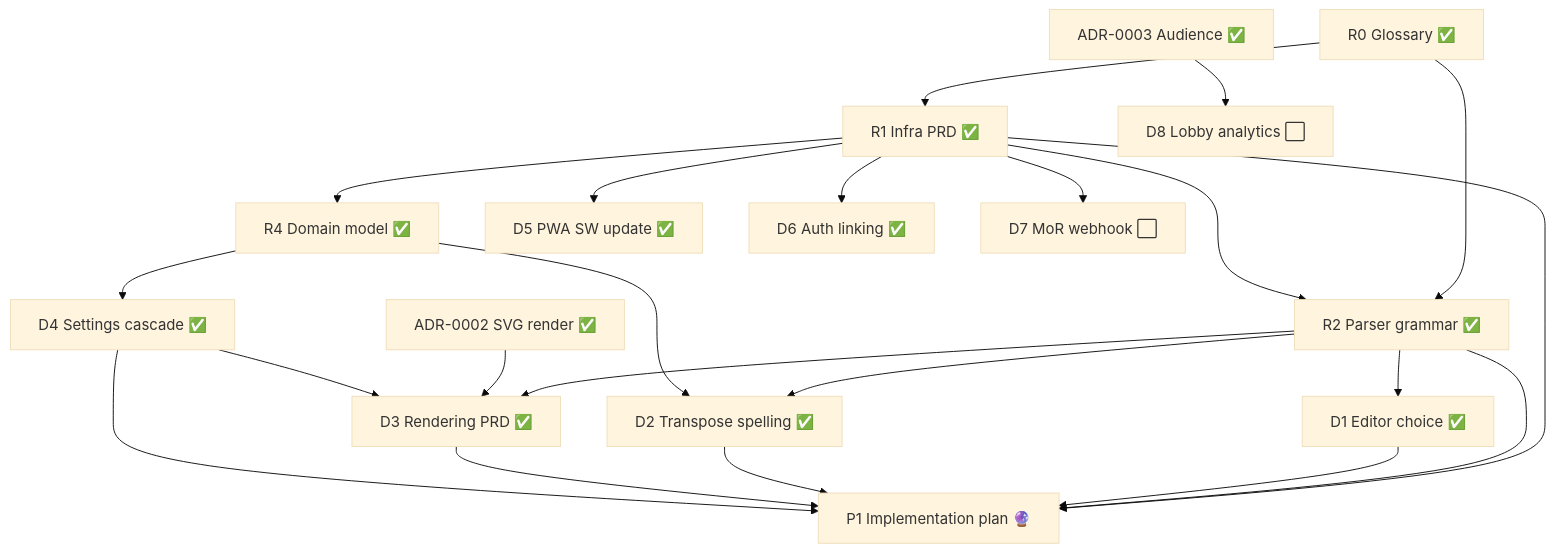
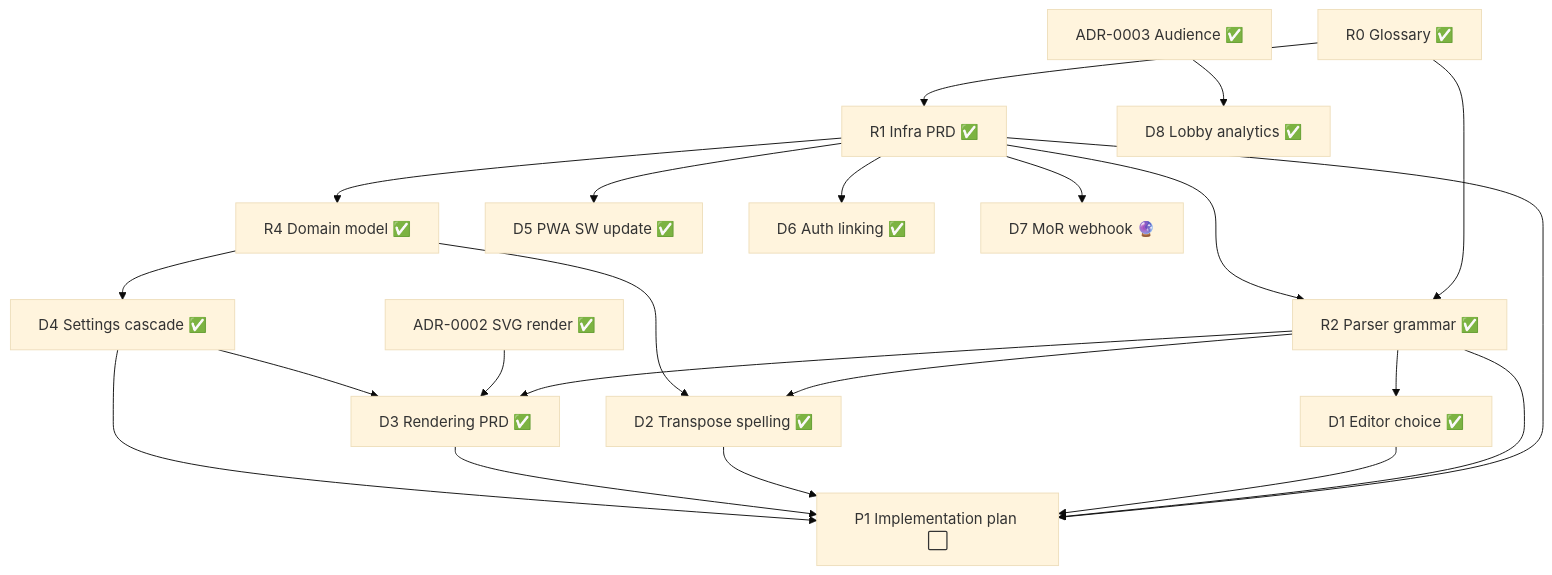
One commit to DcNiemandd/achordeon changed the diagram in docs/PRD.md. Above: the diagram before and after it, drawn with Mermaid (base theme). The commit also changed other lines of this file and 1 other file, not shown here.

````diff
--- a/docs/PRD.md
+++ b/docs/PRD.md
@@ -136,32 +139,32 @@
 ```mermaid
 graph TD
   R0[R0 Glossary ✅]
   R1[R1 Infra PRD ✅]
   R2[R2 Parser grammar ✅]
   A2[ADR-0002 SVG render ✅]
   A3[ADR-0003 Audience ✅]
 
   R0 --> R1
   R0 --> R2
   R1 --> R2
 
   R2 --> D1[D1 Editor choice ✅]
   R2 --> D2[D2 Transpose spelling ✅]
   R4 --> D2
   R2 --> D3[D3 Rendering PRD ✅]
   A2 --> D3
   R1 --> R4[R4 Domain model ✅]
   R4 --> D4[D4 Settings cascade ✅]
   D4 --> D3
   R1 --> D5[D5 PWA SW update ✅]
   R1 --> D6[D6 Auth linking ✅]
-  R1 --> D7[D7 MoR webhook ⬜]
-  A3 --> D8[D8 Lobby analytics ⬜]
+  R1 --> D7[D7 MoR webhook 🔮]
+  A3 --> D8[D8 Lobby analytics ✅]
 
-  R1 --> P1[P1 Implementation plan 🔮]
+  R1 --> P1[P1 Implementation plan ⬜]
   R2 --> P1
   D1 --> P1
   D2 --> P1
   D3 --> P1
   D4 --> P1
 ```
````
